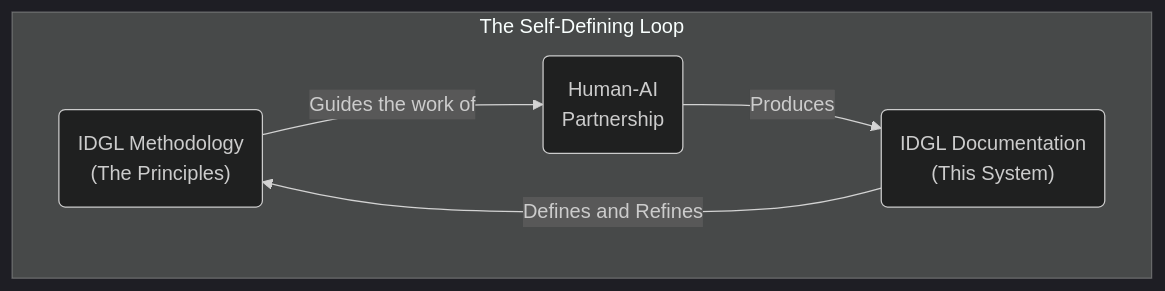
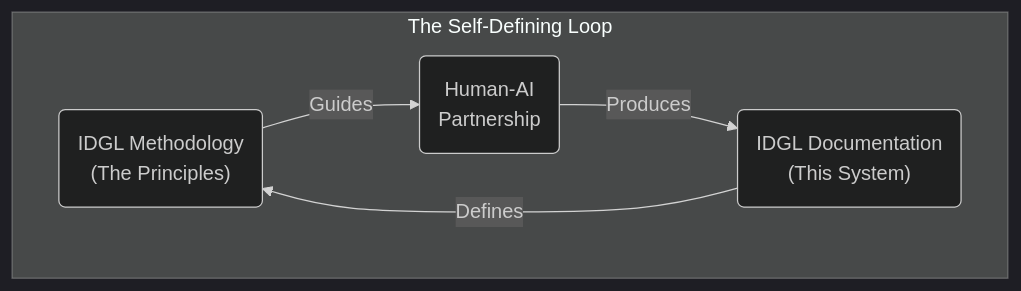
The diagram in README.md (bahsim/idgl-dev-system), drawn with Mermaid (dark theme) before and after one commit. The commit also changed other lines of this file and 27 other files, not shown here.

````diff
--- a/README.md
+++ b/README.md
@@ -31,8 +53,8 @@
 ```mermaid
 graph TD
     subgraph "The Self-Defining Loop"
-        A("IDGL Methodology<br/>(The Principles)") -- "Guides the work of" --> B("Human-AI<br/>Partnership");
+        A("IDGL Methodology<br/>(The Principles)") -- "Guides" --> B("Human-AI<br/>Partnership");
         B -- "Produces" --> C("IDGL Documentation<br/>(This System)");
-        C -- "Defines and Refines" --> A;
+        C -- "Defines" --> A;
     end
 ```
````
